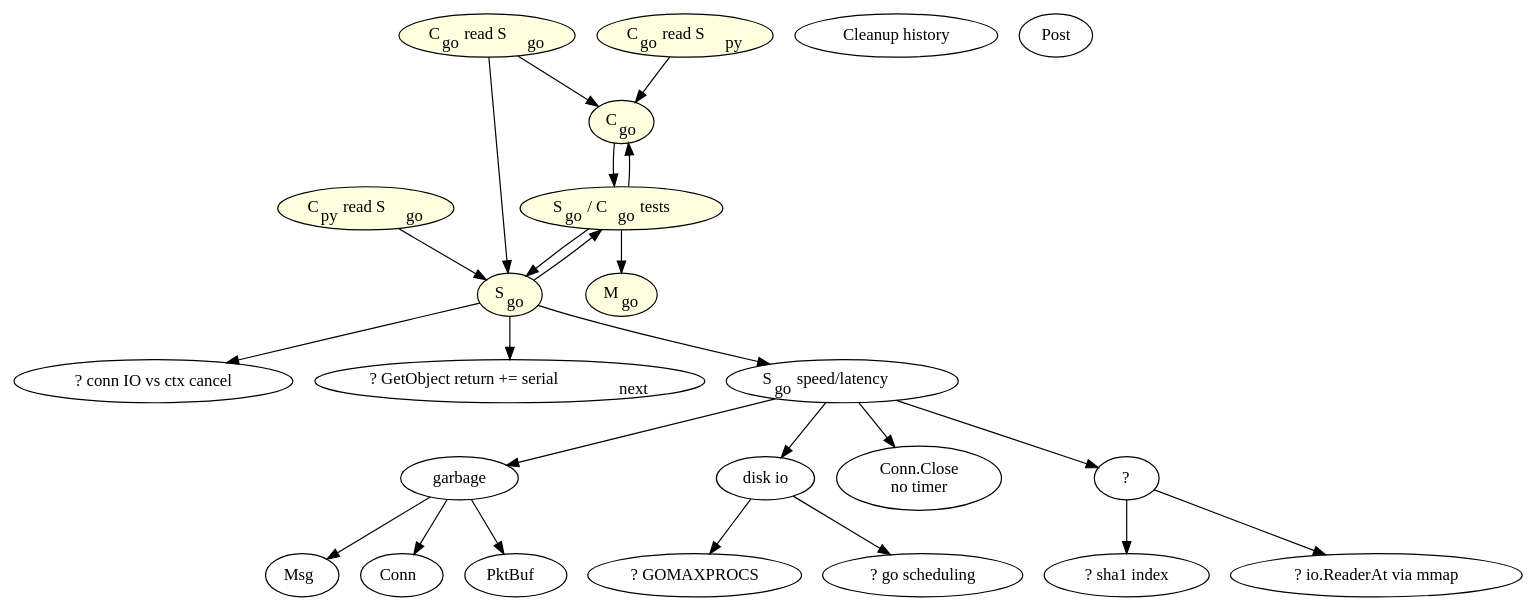
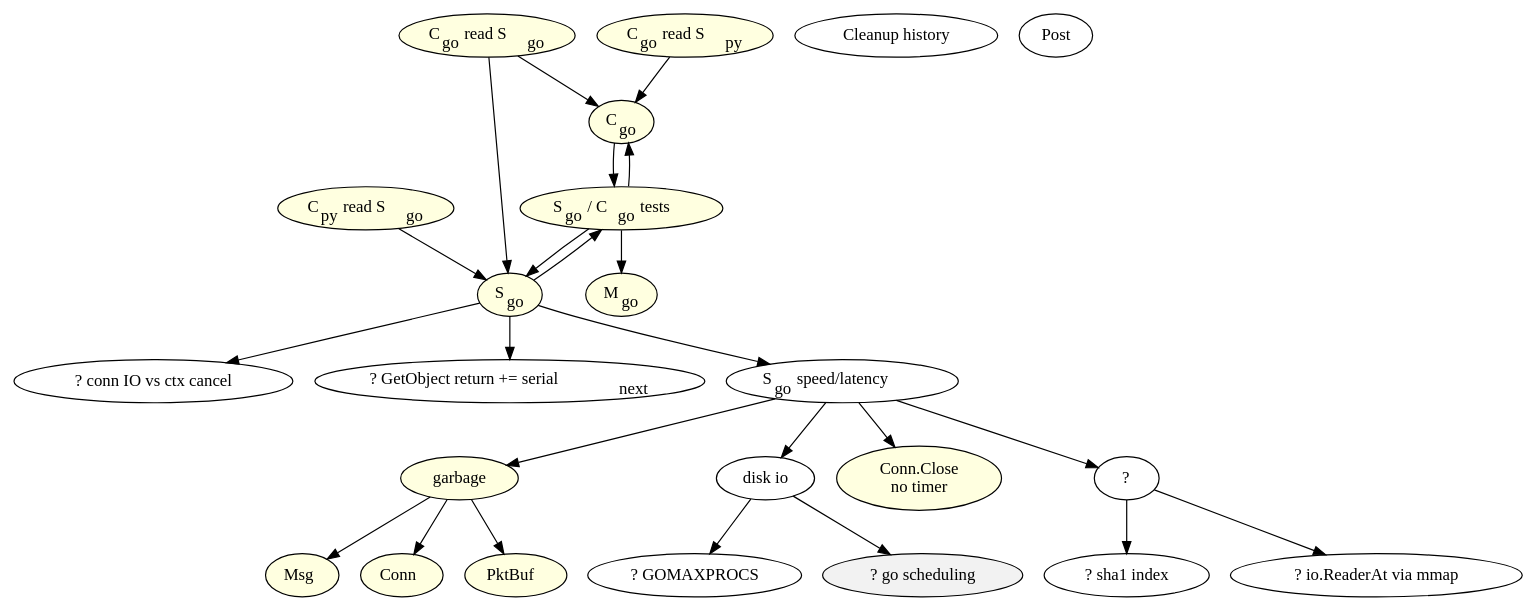
One commit to Nexedi/neoppod changed the diagram in go/todo.dot. Above: the diagram before and after it, drawn with Graphviz. The commit also changed 1 other file, not shown here.

```diff
--- a/go/todo.dot
+++ b/go/todo.dot
@@ -1,79 +1,79 @@
 digraph {
 	Cgo -> SCgo_t;
 	Sgo -> SCgo_t;
 
 	SCgo_t -> Mgo;
 	SCgo_t -> Sgo;
 	SCgo_t -> Cgo;
 
 	Sgo -> io_cancel;
 	Sgo -> load_serial_next;
 	Sgo -> Sgo_speed;
 
 	//Sgo_speed -> B_link_recv;
 	Sgo_speed -> garbage;
 	//Sgo_speed -> gosched;
 	Sgo_speed -> diskio;
 	Sgo_speed -> ConnClose_notimer;
 
 	Sgo_speed -> QSgo_speed;
 
 	QSgo_speed -> Mmap_go;
 	QSgo_speed -> sha1_index;
 
 	garbage	-> pktbuf_alloc;
 	garbage -> msg_alloc;
 	garbage -> conn_alloc;
 
 	diskio	-> gosched;
 	diskio	-> GOMAXPROCS;
 
 
 	Cpy_r_Sgo -> Sgo;
 	//Cpy_r_Sgo -> Protog_fix;
 	//Cpy_r_Sgo -> Cpy_patch;
 	//Cpy_r_Sgo -> Mpy_vs_Sgo;
 
 	Cgo_r_Sgo -> Cgo;
 	Cgo_r_Sgo -> Sgo;		
 
 	Cgo_r_Spy -> Cgo;
 	//Cgo_r_Spy -> Protog_fix;
 
 
 	Cgo		[label=<C<sub>go</sub>> style=filled fillcolor=lightyellow];
 	Sgo		[label=<S<sub>go</sub>> style=filled fillcolor=lightyellow];
 	Mgo		[label=<M<sub>go</sub>> style=filled fillcolor=lightyellow];
 	SCgo_t		[label=<S<sub>go</sub>  / C<sub>go</sub>  tests> style=filled fillcolor=lightyellow];
 	Sgo_speed	[label=<S<sub>go</sub>  speed/latency>];
 	Cpy_r_Sgo	[label=<C<sub>py</sub>  read S<sub>go</sub>> style=filled fillcolor=lightyellow];
 	Cgo_r_Sgo	[label=<C<sub>go</sub>  read S<sub>go</sub>> style=filled fillcolor=lightyellow];
 	Cgo_r_Spy	[label=<C<sub>go</sub>  read S<sub>py</sub>> style=filled fillcolor=lightyellow];
 	Cleanup		[label="Cleanup history"];
 	Post		[label="Post"];
 	//Cpy_patch	[label=<py patch: ConnID py=go> style=filled fillcolor=lightyellow];	// C<sub>py</sub>  patch for ConnID interop. with S<sub>go</sub>>];
 	Mmap_go		[label="? io.ReaderAt via mmap"];
 	//Protog_fix	[label="proto(go/py) compat fix" style=filled fillcolor=lightyellow];
 	//Mpy_vs_Sgo	[label=<M<sub>py</sub> vs S<sub>go</sub>: try/fix> style=filled fillcolor=lightyellow];
 
 	io_cancel		[label="? conn IO vs ctx cancel"];
 	load_serial_next	[label=<? GetObject return += serial<sub>next</sub>>];
 
 	sha1_index	[label="? sha1 index"];
 	//B_link_recv	[label="Bench link.Recv1/Ask1" style=filled fillcolor=lightyellow];
-	garbage		[label="garbage"];
-	gosched		[label="? go scheduling"];
+	garbage		[label="garbage" style=filled fillcolor=lightyellow];
+	gosched		[label="? go scheduling" style=filled fillcolor=grey95];
 
 	//Cgo -> Cgo_tasks;
 	//Cgo_tasks	[label="- talkMaster\n- update nodeTab/partTab\n- dial S on demand\n..." style=filled fillcolor=lightyellow];
 
 	QSgo_speed	[label=<?>];
 
-	pktbuf_alloc	[label=<PktBuf>];
-	msg_alloc	[label=<Msg>];
-	conn_alloc	[label=<Conn>];
+	pktbuf_alloc	[label=<PktBuf> style=filled fillcolor=lightyellow];
+	msg_alloc	[label=<Msg>	style=filled fillcolor=lightyellow];
+	conn_alloc	[label=<Conn>	style=filled fillcolor=lightyellow];
 
-	ConnClose_notimer	[label="Conn.Close\nno timer"];
+	ConnClose_notimer	[label="Conn.Close\nno timer" style=filled fillcolor=lightyellow];
 	diskio		[label="disk io"];
 	GOMAXPROCS	[label="? GOMAXPROCS"];
 }
```
